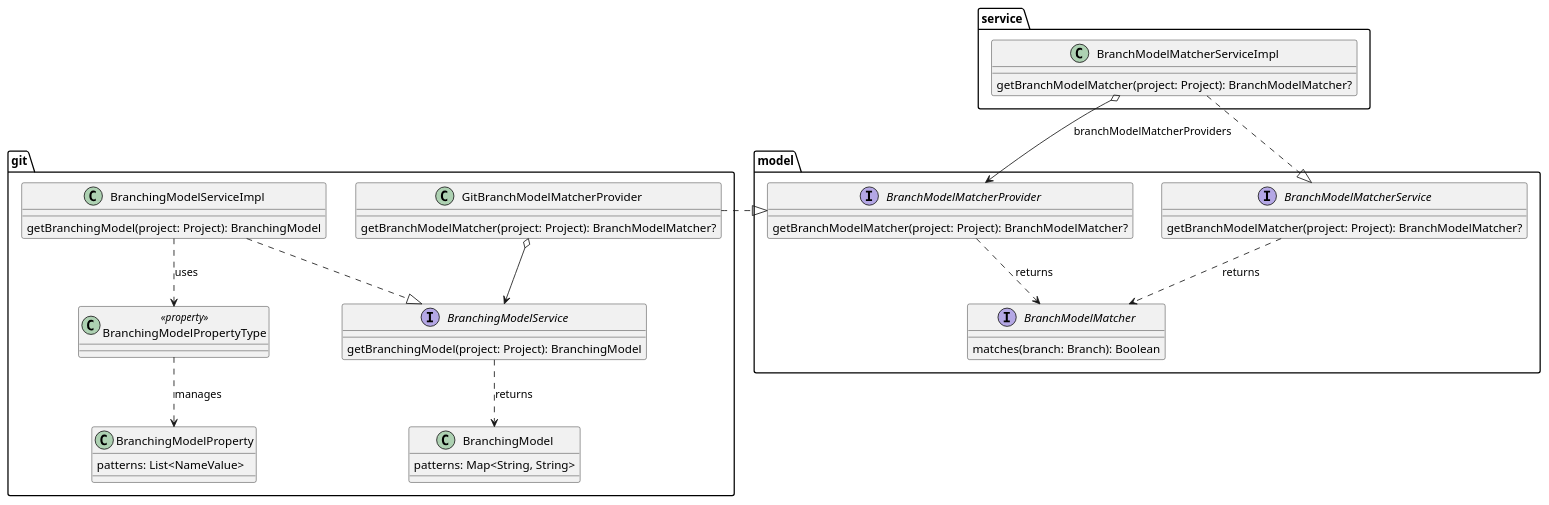
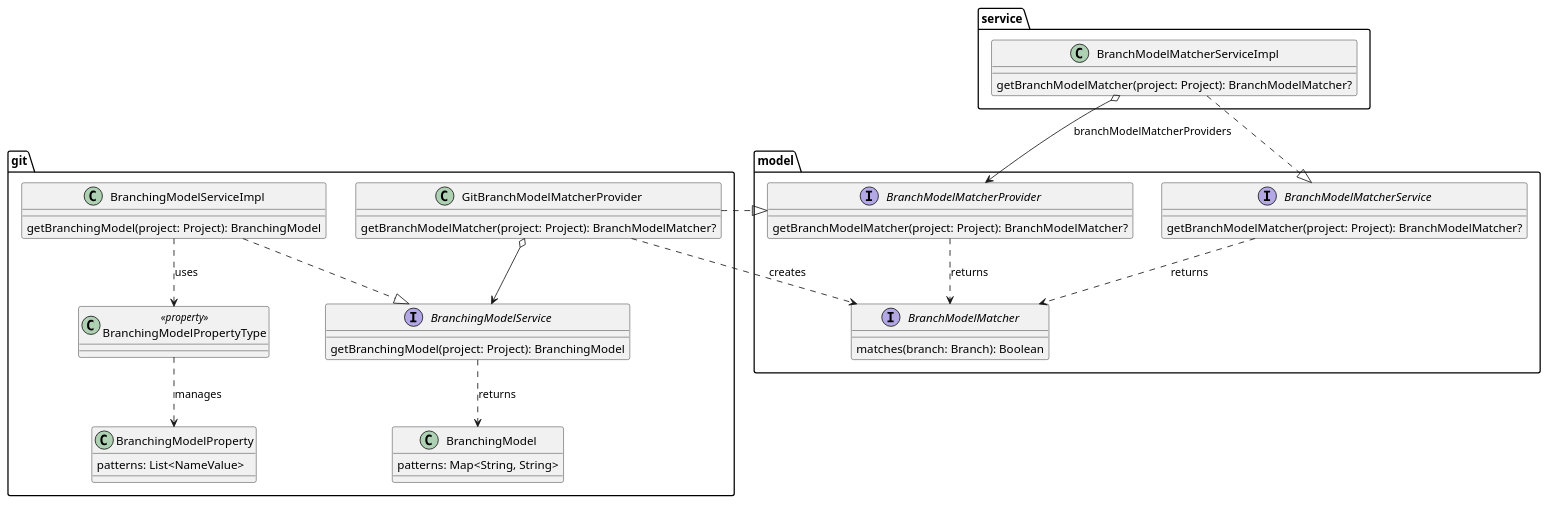
Before and after one commit to ReginaBabo/ontrack: the diagram in ontrack-docs/src/docs/asciidoc/architecture-branch-model.puml, drawn with PlantUML. The commit also changed 1 other file, not shown here.

Commit message:
#706 Documentation for branch model

```diff
--- a/ontrack-docs/src/docs/asciidoc/architecture-branch-model.puml
+++ b/ontrack-docs/src/docs/asciidoc/architecture-branch-model.puml
@@ -1,76 +1,77 @@
 @startuml
 
 package "model" {
 
     interface BranchModelMatcher {
         matches(branch: Branch): Boolean
     }
 
     interface BranchModelMatcherProvider {
         getBranchModelMatcher(project: Project): BranchModelMatcher?
     }
 
     BranchModelMatcherProvider ..> BranchModelMatcher : returns
 
     interface BranchModelMatcherService {
         getBranchModelMatcher(project: Project): BranchModelMatcher?
     }
 
     BranchModelMatcherService ..> BranchModelMatcher : returns
 
 }
 
 package "service" {
 
     class BranchModelMatcherServiceImpl {
         getBranchModelMatcher(project: Project): BranchModelMatcher?
     }
 
     BranchModelMatcherServiceImpl ..|> BranchModelMatcherService
     BranchModelMatcherServiceImpl o--> BranchModelMatcherProvider : branchModelMatcherProviders
 
 }
 
 package "git" {
 
     class BranchingModel {
         patterns: Map<String, String>
     }
 
     interface BranchingModelService {
         getBranchingModel(project: Project): BranchingModel
     }
 
     BranchingModelService ..> BranchingModel : returns
 
     ' Property
 
     class BranchingModelProperty {
         patterns: List<NameValue>
     }
 
     class BranchingModelPropertyType <<property>>
 
     BranchingModelPropertyType ..> BranchingModelProperty : manages
 
     ' Git implementation
 
     class BranchingModelServiceImpl {
         getBranchingModel(project: Project): BranchingModel
     }
 
     BranchingModelServiceImpl ..|> BranchingModelService
     BranchingModelServiceImpl ..> BranchingModelPropertyType : uses
 
     ' Provider
 
     class GitBranchModelMatcherProvider {
         getBranchModelMatcher(project: Project): BranchModelMatcher?
     }
 
     GitBranchModelMatcherProvider .right.|> BranchModelMatcherProvider
     GitBranchModelMatcherProvider o--> BranchingModelService
+    GitBranchModelMatcherProvider ..> BranchModelMatcher : creates
 
 }
 
 @enduml
```
